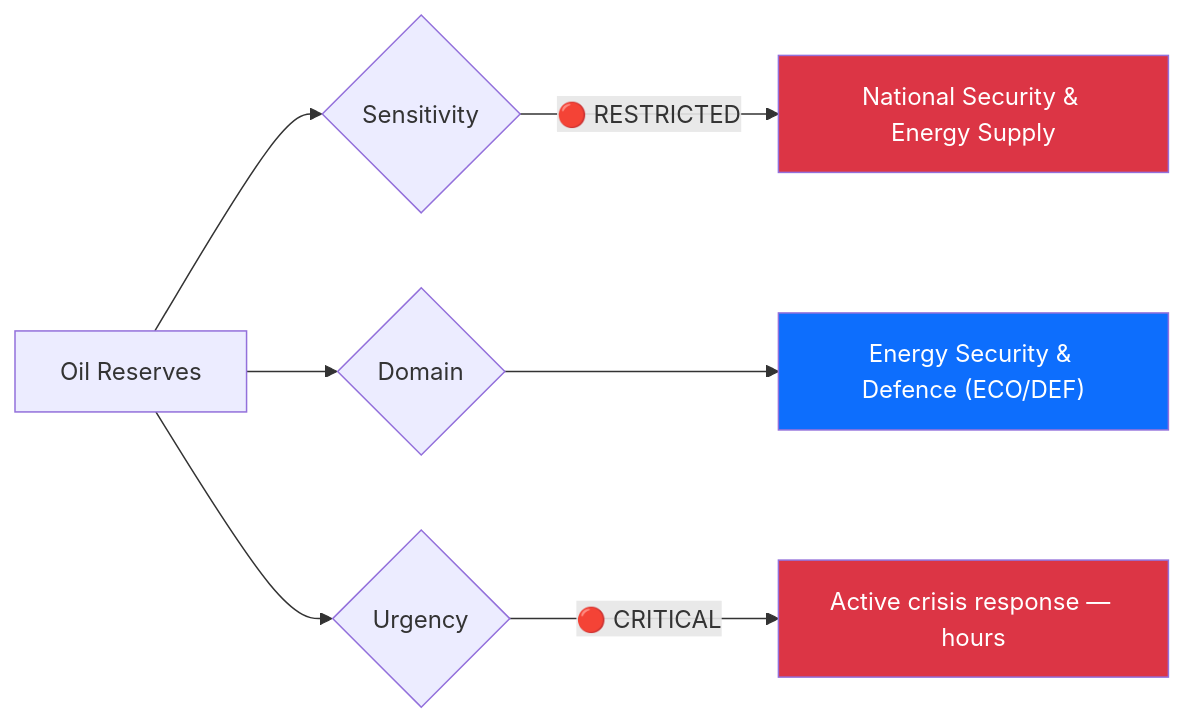
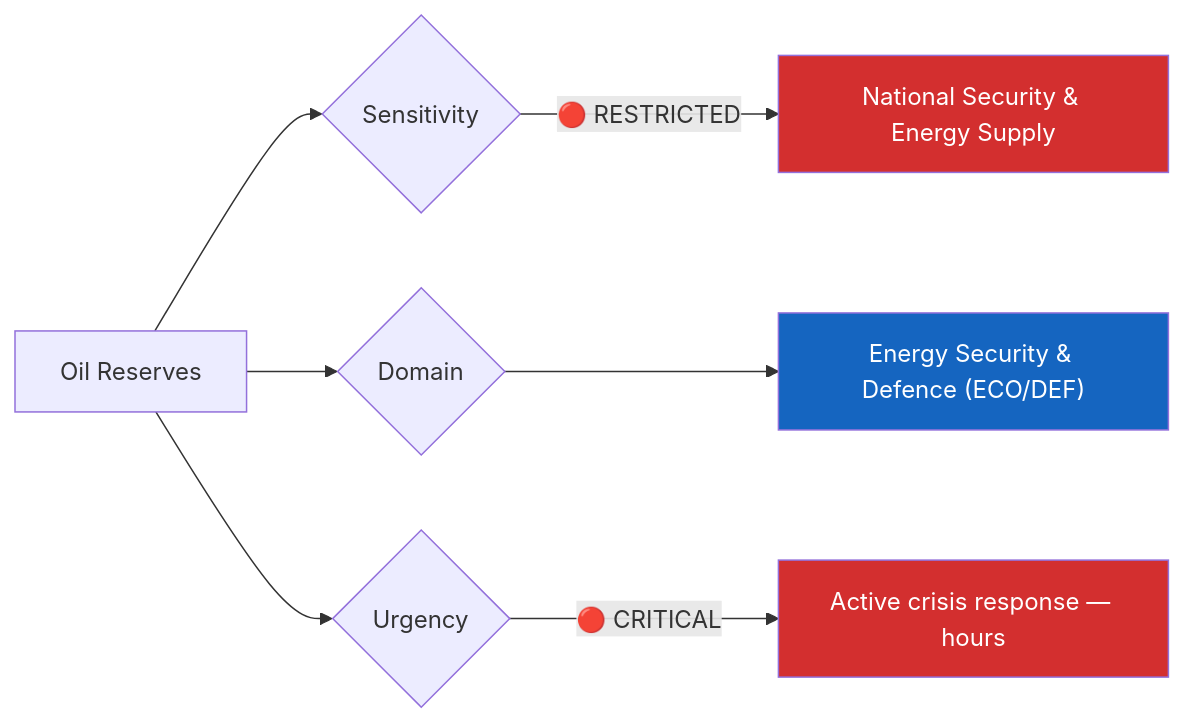
One commit to Hack23/riksdagsmonitor changed the first of 3 diagrams in analysis/daily/2026-04-02/realtime-1428/documents/oil-reserves-analysis.md. Above: the diagram before and after it, drawn with Mermaid. The commit also changed other lines of this file and 785 other files, not shown here.

First line of the commit message:
Normalize mermaid colors across 786 analysis artifacts to ISMS Style Guide palette

````diff
--- a/analysis/daily/2026-04-02/realtime-1428/documents/oil-reserves-analysis.md
+++ b/analysis/daily/2026-04-02/realtime-1428/documents/oil-reserves-analysis.md
@@ -31,15 +31,15 @@
 ```mermaid
 graph LR
     A[Oil Reserves] --> B{Sensitivity}
     B -->|"🔴 RESTRICTED"| C[National Security & Energy Supply]
 
     A --> G{Domain}
     G --> H["Energy Security & Defence (ECO/DEF)"]
 
     A --> I{Urgency}
     I -->|"🔴 CRITICAL"| J[Active crisis response — hours]
 
-    style C fill:#dc3545,color:#fff
-    style H fill:#0d6efd,color:#fff
-    style J fill:#dc3545,color:#fff
+    style C fill:#D32F2F,color:#FFFFFF
+    style H fill:#1565C0,color:#FFFFFF
+    style J fill:#D32F2F,color:#FFFFFF
 ```
````
